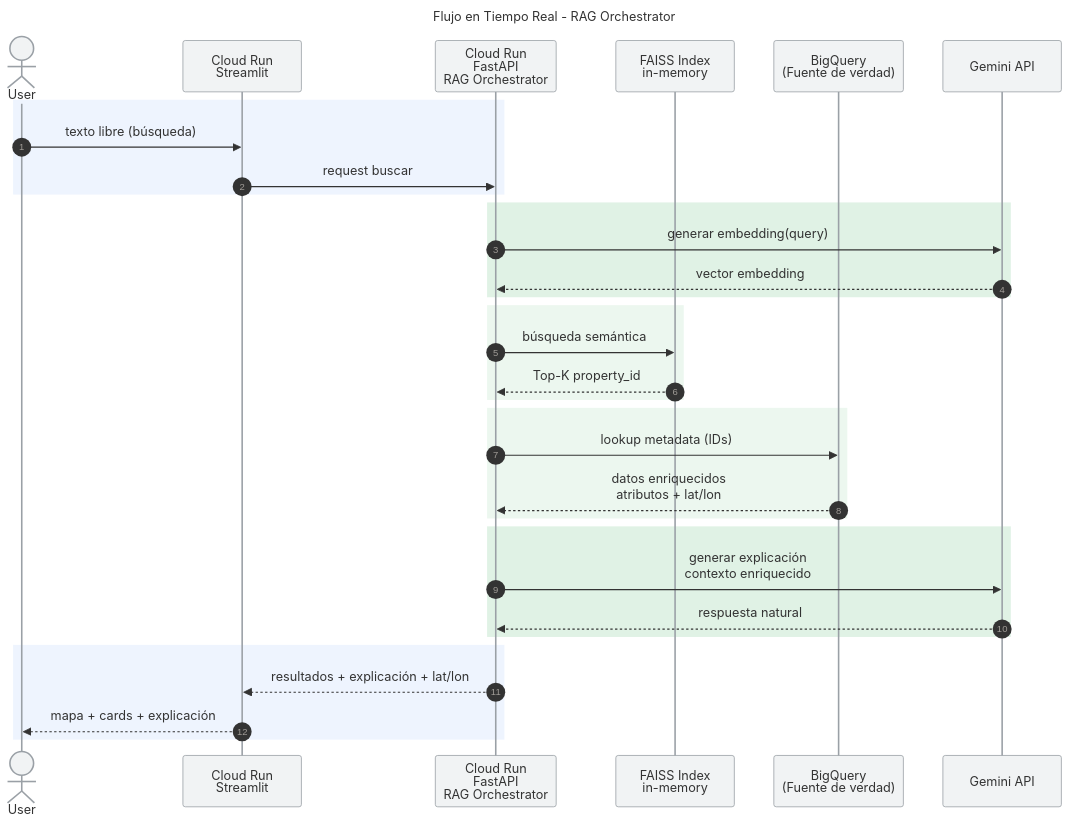
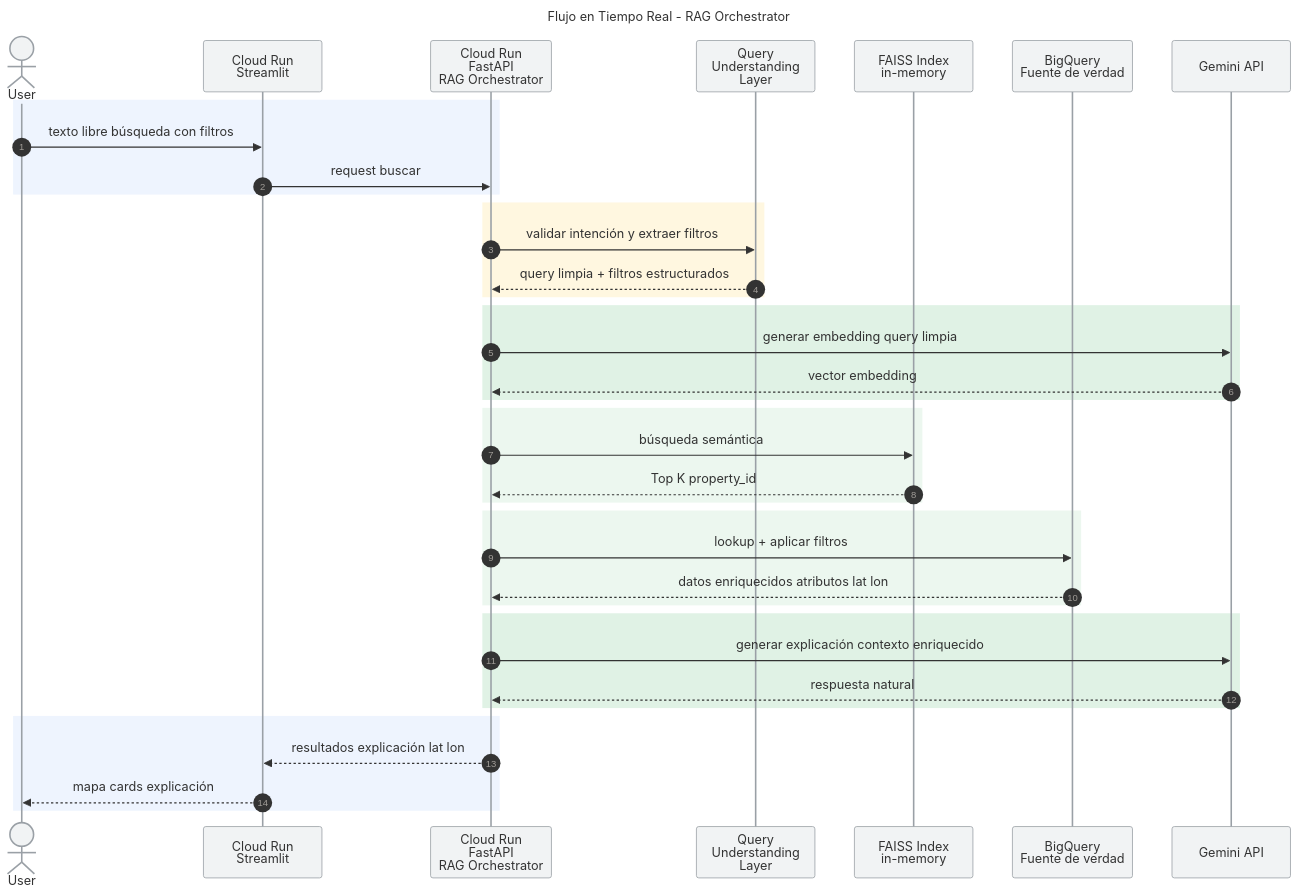
One commit to HubertRonald/MIAD-RAG-RealEstate changed the second of 2 diagrams in README.md. Above: the diagram before and after it, drawn with Mermaid. The commit also changed other lines of this file, not shown here.

Commit message:
README updated

````diff
--- a/README.md
+++ b/README.md
@@ -305,47 +306,56 @@
 
 participant UI as Cloud Run <br> Streamlit
 participant API as Cloud Run <br> FastAPI<br/>RAG Orchestrator
+participant QUL as Query<br>Understanding<br>Layer
 participant FAISS as FAISS Index <br> in-memory
-participant BQ as BigQuery <br> (Fuente de verdad)
+participant BQ as BigQuery <br> Fuente de verdad
 participant LLM as Gemini API
 
 %% ======================
 %% FRONTEND
 %% ======================
 rect rgba(138,180,248,0.15)
-User->>UI: texto libre (búsqueda)
+User->>UI: texto libre búsqueda con filtros
 UI->>API: request buscar
+end
+
+%% ======================
+%% QUERY UNDERSTANDING
+%% ======================
+rect rgba(253,214,99,0.20)
+API->>QUL: validar intención y extraer filtros
+QUL-->>API: query limpia + filtros estructurados
 end
 
 %% ======================
 %% EMBEDDING QUERY
 %% ======================
 rect rgba(52,168,83,0.15)
-API->>LLM: generar embedding(query)
+API->>LLM: generar embedding query limpia
 LLM-->>API: vector embedding
 end
 
 %% ======================
-%% RETRIEVAL (FAISS)
+%% RETRIEVAL FAISS
 %% ======================
 rect rgba(129,201,149,0.15)
 API->>FAISS: búsqueda semántica
-FAISS-->>API: Top-K property_id
+FAISS-->>API: Top K property_id
 end
 
 %% ======================
-%% ENRIQUECIMIENTO (BQ)
+%% ENRIQUECIMIENTO BQ
 %% ======================
 rect rgba(129,201,149,0.15)
-API->>BQ: lookup metadata (IDs)
-BQ-->>API: datos enriquecidos<br/>atributos + lat/lon
+API->>BQ: lookup + aplicar filtros
+BQ-->>API: datos enriquecidos atributos lat lon
 end
 
 %% ======================
-%% GENERACIÓN (LLM)
+%% GENERACIÓN LLM
 %% ======================
 rect rgba(52,168,83,0.15)
-API->>LLM: generar explicación<br/>contexto enriquecido
+API->>LLM: generar explicación contexto enriquecido
 LLM-->>API: respuesta natural
 end
 
@@ -353,10 +363,7 @@
 %% RESPUESTA UX
 %% ======================
 rect rgba(138,180,248,0.15)
-API-->>UI: resultados + explicación + lat/lon
-
-
-
-UI-->>User: mapa + cards + explicación
+API-->>UI: resultados explicación lat lon
+UI-->>User: mapa cards explicación
 end
 ```
````
